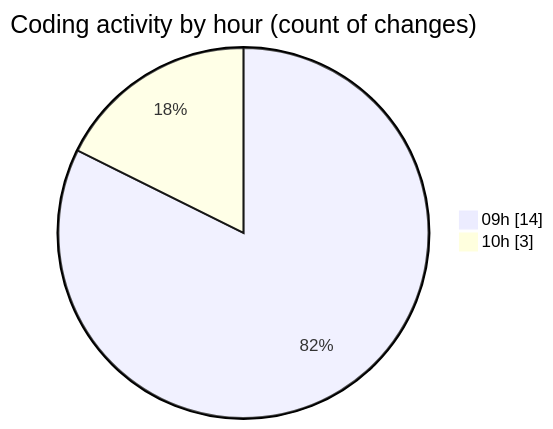
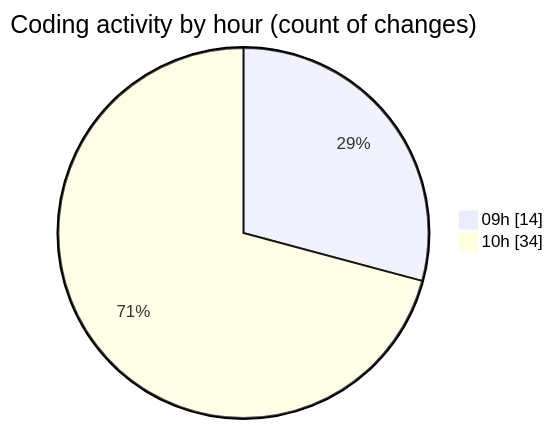
The second of 2 diagrams in 2025-11-10/cda/README.md (momahboobian/code-tracking), drawn with Mermaid before and after one commit. The commit also changed other lines of this file and 1 other file, not shown here.

````diff
--- a/2025-11-10/cda/README.md
+++ b/2025-11-10/cda/README.md
@@ -35,6 +50,6 @@
 ```mermaid
 pie showData
 title Coding activity by hour (count of changes)
 "09h" : 14
-"10h" : 3
+"10h" : 34
 ```
````
